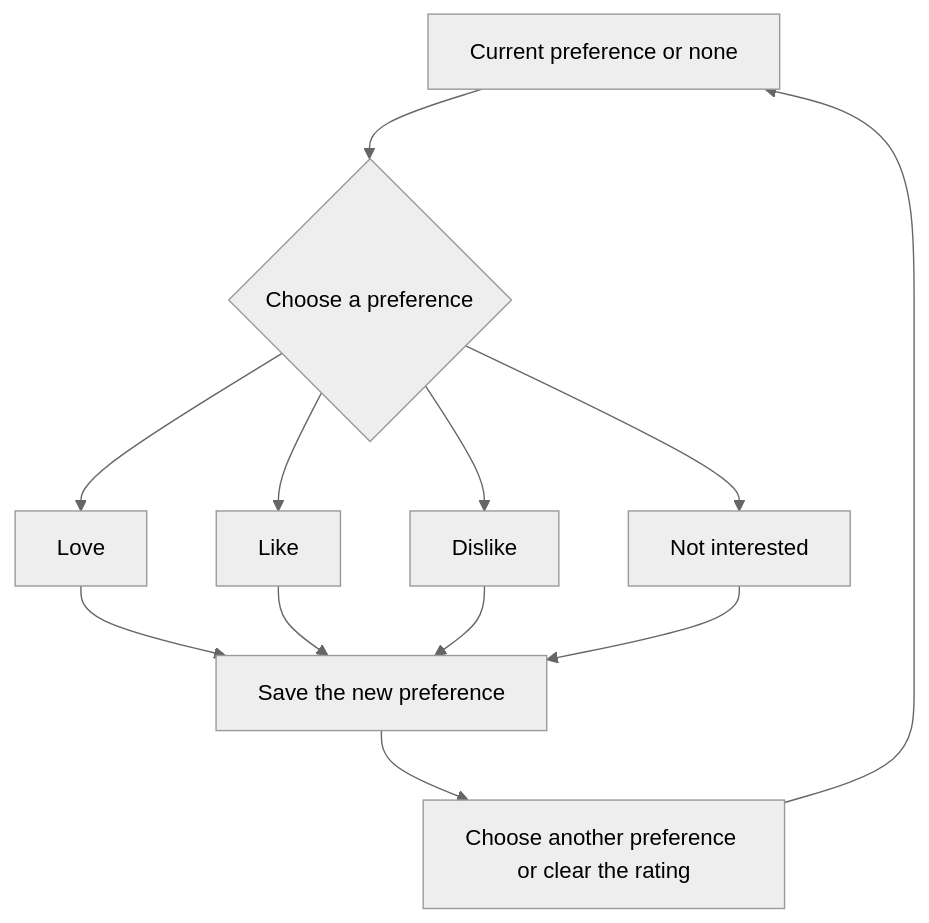
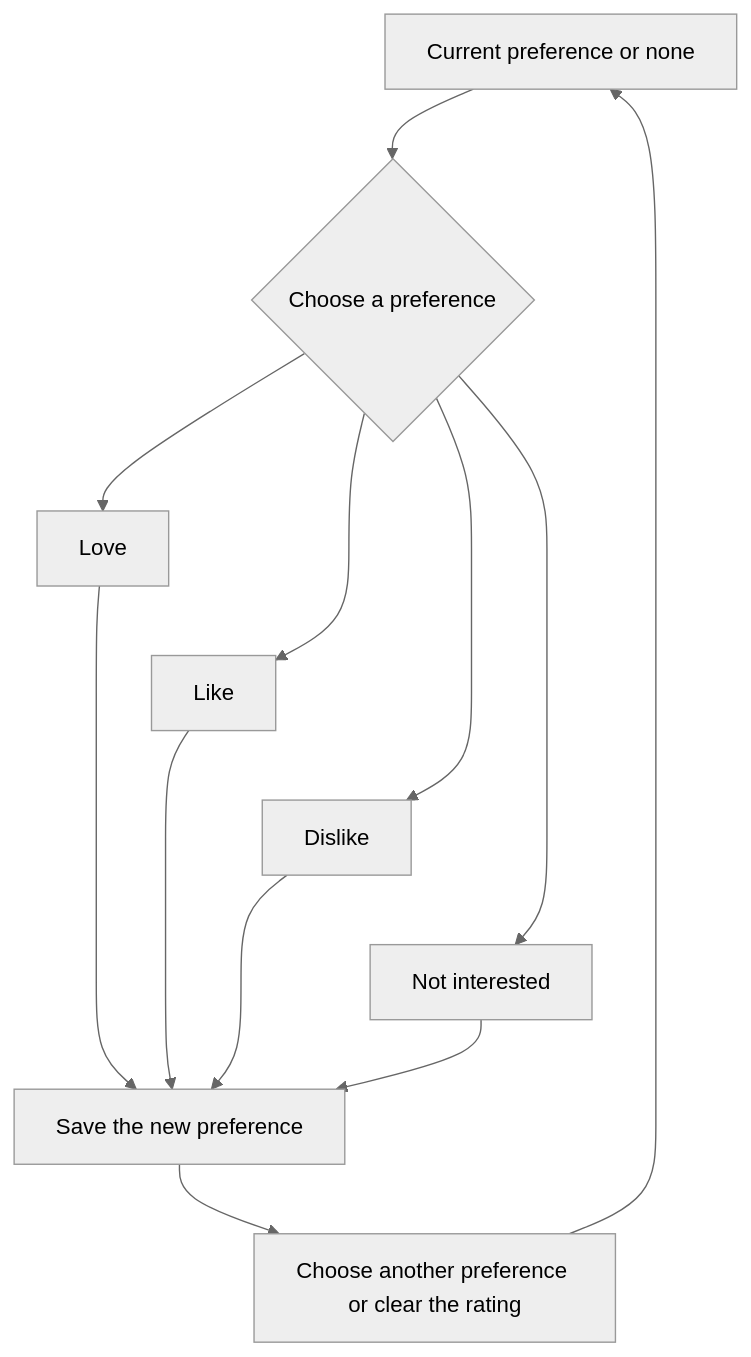
The fourth of 6 diagrams in docs/kmk/how-kmk-works.md (FancyCorey/komikku-fc), drawn with Mermaid (neutral theme) before and after one commit. The commit also changed other lines of this file and 29 other files, not shown here.

````diff
--- a/docs/kmk/how-kmk-works.md
+++ b/docs/kmk/how-kmk-works.md
@@ -64,14 +53,18 @@
 ```mermaid
 flowchart TD
     Current["Current preference or none"] --> Choose{"Choose a preference"}
     Choose --> Love["Love"]
     Choose --> Like["Like"]
     Choose --> Dislike["Dislike"]
     Choose --> NotInterested["Not interested"]
     Love --> Saved["Save the new preference"]
     Like --> Saved
     Dislike --> Saved
     NotInterested --> Saved
     Saved --> Change["Choose another preference or clear the rating"]
     Change --> Current
+    %% Stack independent choices vertically for narrow screens.
+    Love ~~~ Like
+    Like ~~~ Dislike
+    Dislike ~~~ NotInterested
 ```
````
